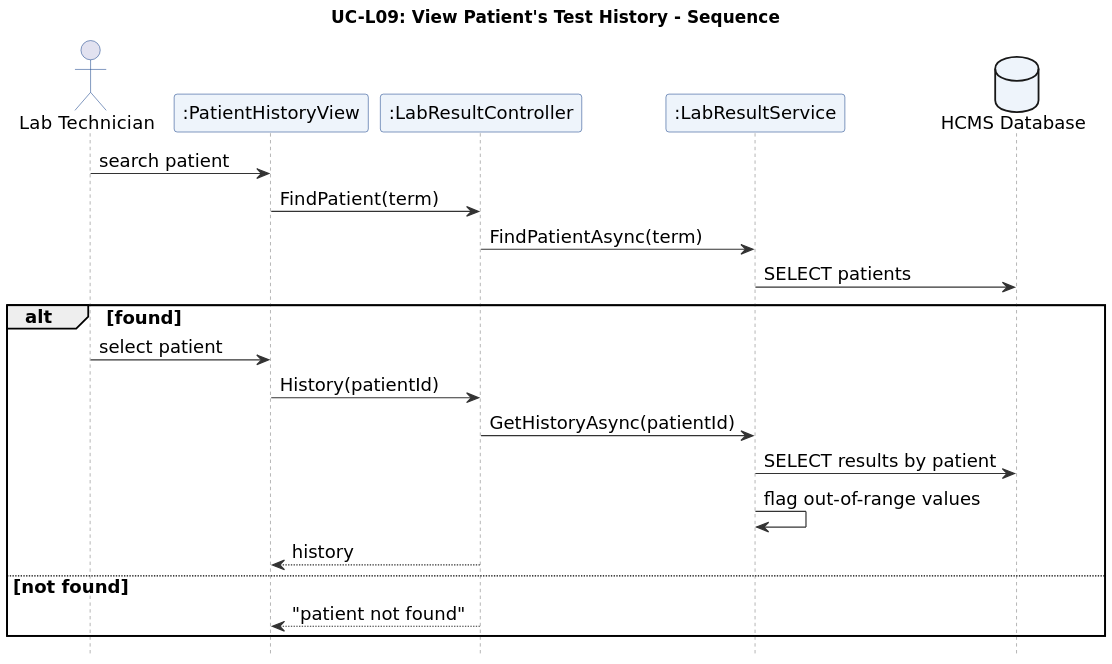
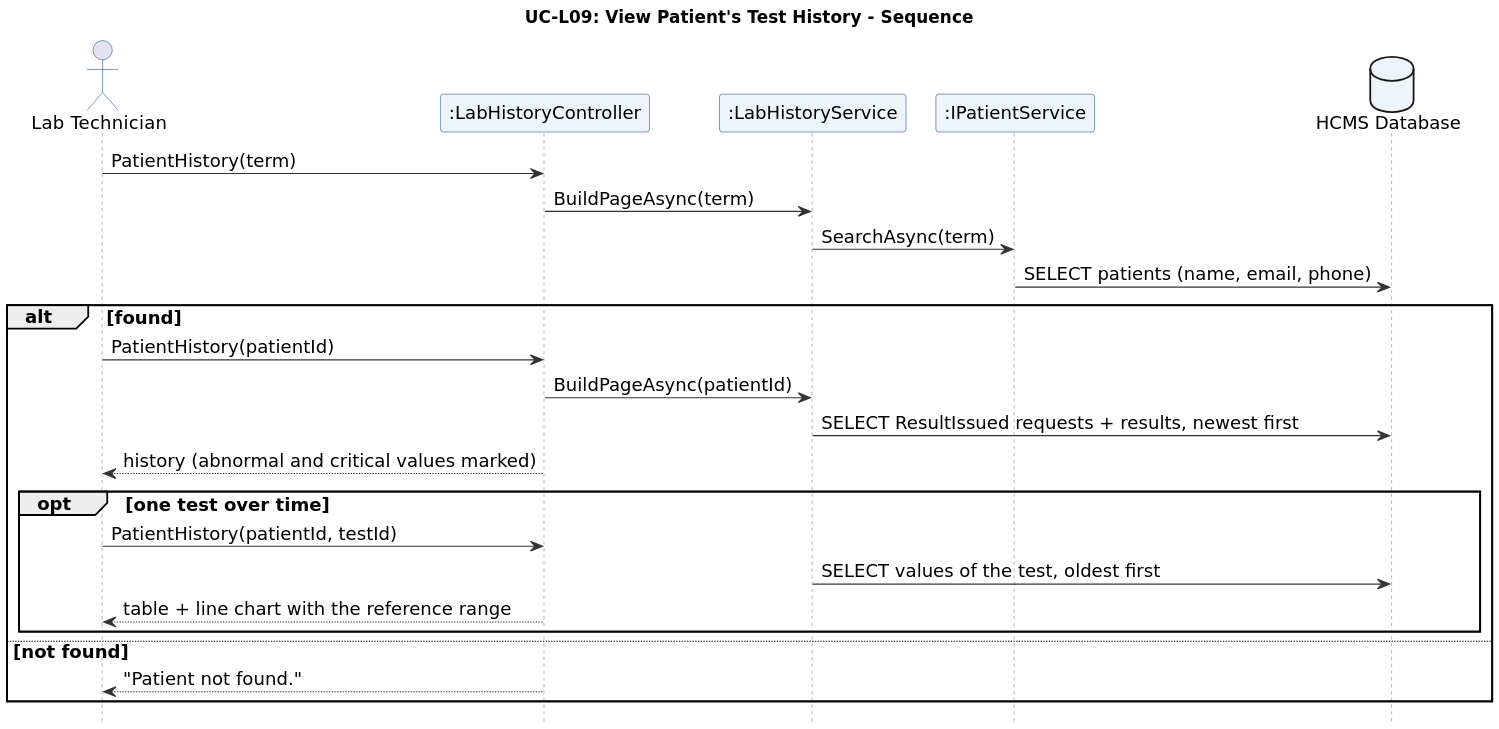
Before and after one commit to aymansl/HCMS: the diagram in docs/diagrams/UC-L09_seq.puml, drawn with PlantUML. The commit also changed 16 other files, not shown here.

Commit message:
feat(lab): view patient test history (L9)

```diff
--- a/docs/diagrams/UC-L09_seq.puml
+++ b/docs/diagrams/UC-L09_seq.puml
@@ -1,44 +1,47 @@
 @startuml
 skinparam dpi 170
 skinparam shadowing false
 skinparam defaultFontName DejaVu Sans
 skinparam defaultFontSize 12
 skinparam ArrowColor #333333
 skinparam ActivityBackgroundColor #EEF4FB
 skinparam ActivityBorderColor #2F5597
 skinparam ActivityDiamondBackgroundColor #FFF7E0
 skinparam SwimlaneTitleFontStyle bold
 skinparam ParticipantBackgroundColor #EEF4FB
 skinparam ParticipantBorderColor #2F5597
 skinparam SequenceLifeLineBorderColor #888888
 skinparam UsecaseBackgroundColor #EEF4FB
 skinparam UsecaseBorderColor #2F5597
 skinparam ActorBorderColor #2F5597
 skinparam DatabaseBackgroundColor #EEF4FB
 skinparam SequenceGroupHeaderFontStyle bold
 title UC-L09: View Patient's Test History - Sequence
 skinparam defaultFontSize 15
 skinparam ParticipantFontSize 15
 skinparam ActorFontSize 15
 skinparam DatabaseFontSize 15
 hide footbox
 actor "Lab Technician" as U
-participant ":PatientHistoryView" as V
-participant ":LabResultController" as C
-participant ":LabResultService" as S
+participant ":LabHistoryController" as C
+participant ":LabHistoryService" as S
+participant ":IPatientService" as P
 database "HCMS Database" as DB
-U -> V : search patient
-V -> C : FindPatient(term)
-C -> S : FindPatientAsync(term)
-S -> DB : SELECT patients
+U -> C : PatientHistory(term)
+C -> S : BuildPageAsync(term)
+S -> P : SearchAsync(term)
+P -> DB : SELECT patients (name, email, phone)
 alt found
-  U -> V : select patient
-  V -> C : History(patientId)
-  C -> S : GetHistoryAsync(patientId)
-  S -> DB : SELECT results by patient
-  S -> S : flag out-of-range values
-  C --> V : history
+  U -> C : PatientHistory(patientId)
+  C -> S : BuildPageAsync(patientId)
+  S -> DB : SELECT ResultIssued requests + results, newest first
+  C --> U : history (abnormal and critical values marked)
+  opt one test over time
+    U -> C : PatientHistory(patientId, testId)
+    S -> DB : SELECT values of the test, oldest first
+    C --> U : table + line chart with the reference range
+  end
 else not found
-  C --> V : "patient not found"
+  C --> U : "Patient not found."
 end
 @enduml
```
